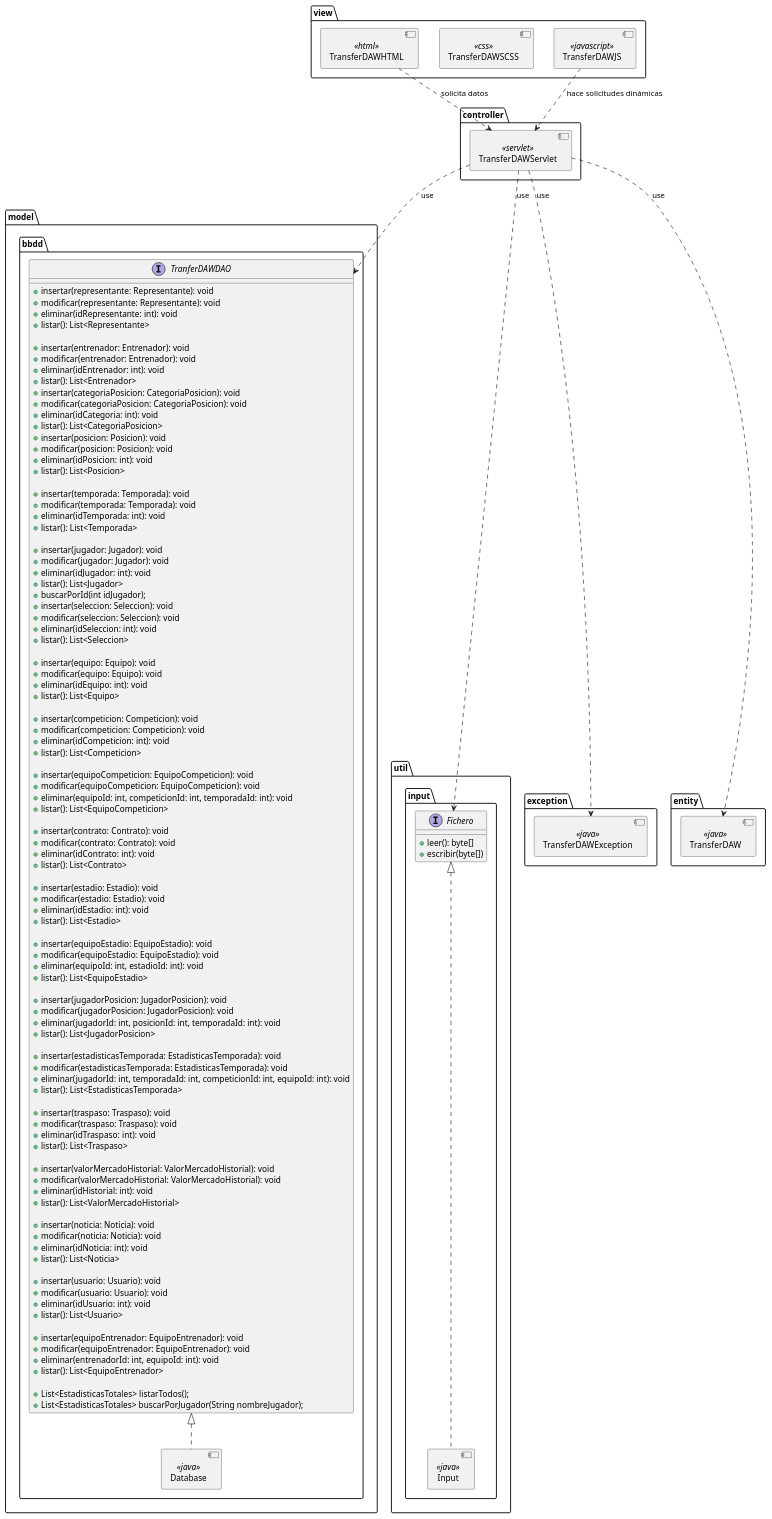
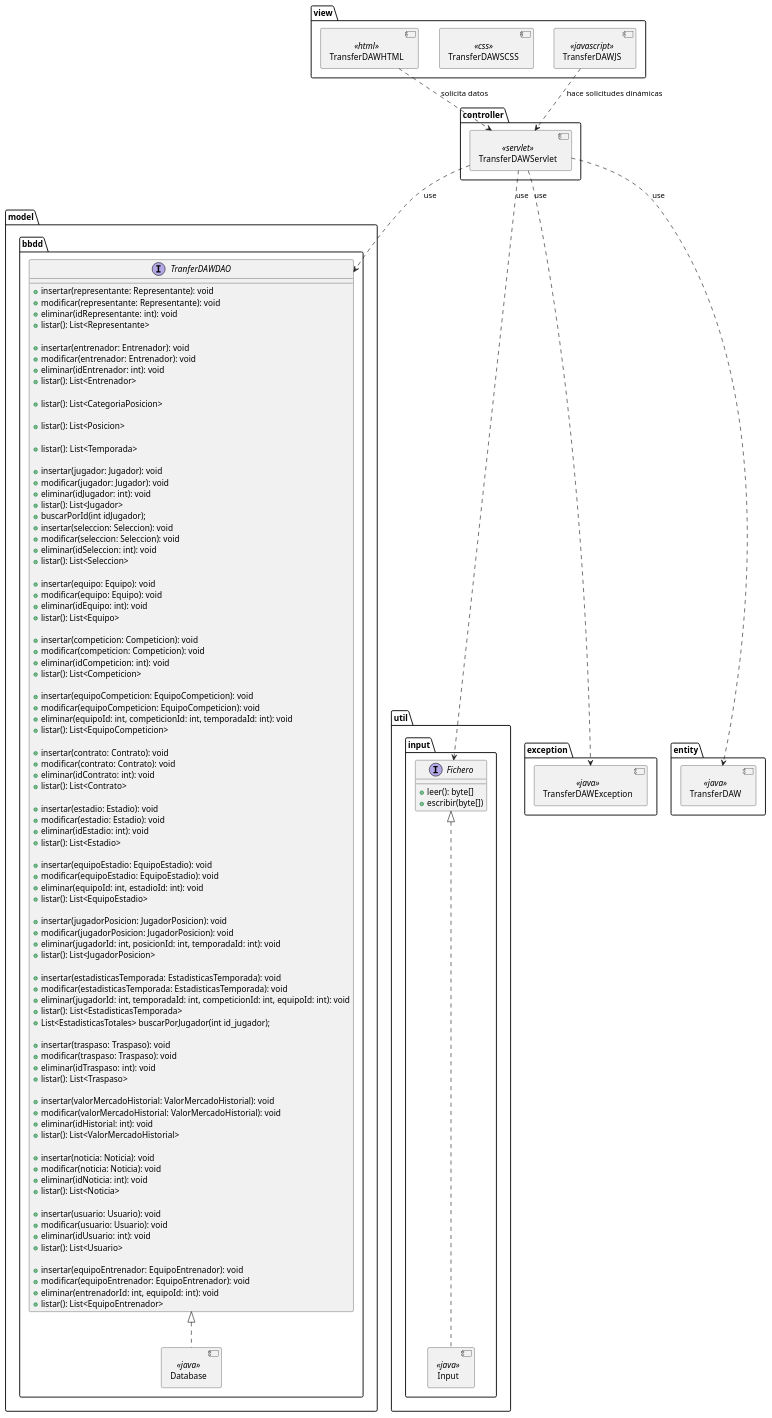
One commit to IR-Play88/TransferDAW changed the diagram in trasnferdaw/design/diagramas/diagrama_de_componentes/diagrama_de_componentes.pu. Above: the diagram before and after it, drawn with PlantUML. The commit also changed 7 other files, not shown here.

```diff
--- a/trasnferdaw/design/diagramas/diagrama_de_componentes/diagrama_de_componentes.pu
+++ b/trasnferdaw/design/diagramas/diagrama_de_componentes/diagrama_de_componentes.pu
@@ -1,169 +1,156 @@
 @startuml Diagrama de componente
 allow_mixing
 top to bottom direction
 package "view" {
     component TransferDAWHTML <<html>>
     component TransferDAWSCSS <<css>>
     component TransferDAWJS <<javascript>>
 }
 
 package "controller" {
     component TransferDAWServlet <<servlet>>
 }
 
 TransferDAWHTML ..> TransferDAWServlet : solicita datos
 TransferDAWJS ..> TransferDAWServlet : hace solicitudes dinámicas
 
 package "model"{
 
     package bbdd{
         component Database <<java>>
 
         interface TranferDAWDAO {
             +insertar(representante: Representante): void
             +modificar(representante: Representante): void
             +eliminar(idRepresentante: int): void
             +listar(): List<Representante>
 
             +insertar(entrenador: Entrenador): void
             +modificar(entrenador: Entrenador): void
             +eliminar(idEntrenador: int): void
             +listar(): List<Entrenador>
 
-
-            +insertar(categoriaPosicion: CategoriaPosicion): void
-            +modificar(categoriaPosicion: CategoriaPosicion): void
-            +eliminar(idCategoria: int): void
             +listar(): List<CategoriaPosicion>
 
-
-            +insertar(posicion: Posicion): void
-            +modificar(posicion: Posicion): void
-            +eliminar(idPosicion: int): void
             +listar(): List<Posicion>
 
-            +insertar(temporada: Temporada): void
-            +modificar(temporada: Temporada): void
-            +eliminar(idTemporada: int): void
             +listar(): List<Temporada>
 
             +insertar(jugador: Jugador): void
             +modificar(jugador: Jugador): void
             +eliminar(idJugador: int): void
             +listar(): List<Jugador>
             +buscarPorId(int idJugador);
 
 
             +insertar(seleccion: Seleccion): void
             +modificar(seleccion: Seleccion): void
             +eliminar(idSeleccion: int): void
             +listar(): List<Seleccion>
 
             +insertar(equipo: Equipo): void
             +modificar(equipo: Equipo): void
             +eliminar(idEquipo: int): void
             +listar(): List<Equipo>
 
             +insertar(competicion: Competicion): void
             +modificar(competicion: Competicion): void
             +eliminar(idCompeticion: int): void
             +listar(): List<Competicion>
 
             +insertar(equipoCompeticion: EquipoCompeticion): void
             +modificar(equipoCompeticion: EquipoCompeticion): void
             +eliminar(equipoId: int, competicionId: int, temporadaId: int): void
             +listar(): List<EquipoCompeticion>
 
             +insertar(contrato: Contrato): void
             +modificar(contrato: Contrato): void
             +eliminar(idContrato: int): void
             +listar(): List<Contrato>
 
             +insertar(estadio: Estadio): void
             +modificar(estadio: Estadio): void
             +eliminar(idEstadio: int): void
             +listar(): List<Estadio>
 
             +insertar(equipoEstadio: EquipoEstadio): void
             +modificar(equipoEstadio: EquipoEstadio): void
             +eliminar(equipoId: int, estadioId: int): void
             +listar(): List<EquipoEstadio>
 
             +insertar(jugadorPosicion: JugadorPosicion): void
             +modificar(jugadorPosicion: JugadorPosicion): void
             +eliminar(jugadorId: int, posicionId: int, temporadaId: int): void
             +listar(): List<JugadorPosicion>
 
             +insertar(estadisticasTemporada: EstadisticasTemporada): void
             +modificar(estadisticasTemporada: EstadisticasTemporada): void
             +eliminar(jugadorId: int, temporadaId: int, competicionId: int, equipoId: int): void
             +listar(): List<EstadisticasTemporada>
+            +List<EstadisticasTotales> buscarPorJugador(int id_jugador);
 
             +insertar(traspaso: Traspaso): void
             +modificar(traspaso: Traspaso): void
             +eliminar(idTraspaso: int): void
             +listar(): List<Traspaso>
 
             +insertar(valorMercadoHistorial: ValorMercadoHistorial): void
             +modificar(valorMercadoHistorial: ValorMercadoHistorial): void
             +eliminar(idHistorial: int): void
             +listar(): List<ValorMercadoHistorial>
 
             +insertar(noticia: Noticia): void
             +modificar(noticia: Noticia): void
             +eliminar(idNoticia: int): void
             +listar(): List<Noticia>
 
             +insertar(usuario: Usuario): void
             +modificar(usuario: Usuario): void
             +eliminar(idUsuario: int): void
             +listar(): List<Usuario>
 
             +insertar(equipoEntrenador: EquipoEntrenador): void
             +modificar(equipoEntrenador: EquipoEntrenador): void
             +eliminar(entrenadorId: int, equipoId: int): void
             +listar(): List<EquipoEntrenador>
-
-            +List<EstadisticasTotales> listarTodos();
-            +List<EstadisticasTotales> buscarPorJugador(String nombreJugador);
         }
 
 
     }
 
     TranferDAWDAO <|.. Database
 
 }
 
 package util{
 
     package input{
         component Input <<java>>
         interface Fichero {
             + leer(): byte[]
             + escribir(byte[])
         }
     }
 
     Fichero <|.. Input
 
 }
 
 
 
 package exception{
     component TransferDAWException <<java>>
 }
 
 package entity{
 
     component TransferDAW <<java>>
 }
 
 TransferDAWServlet ..> TransferDAW : use
 TransferDAWServlet ..> Fichero : use
 TransferDAWServlet ..> TranferDAWDAO : use
 
 
 TransferDAWServlet ..> TransferDAWException : use
 @enduml
```
